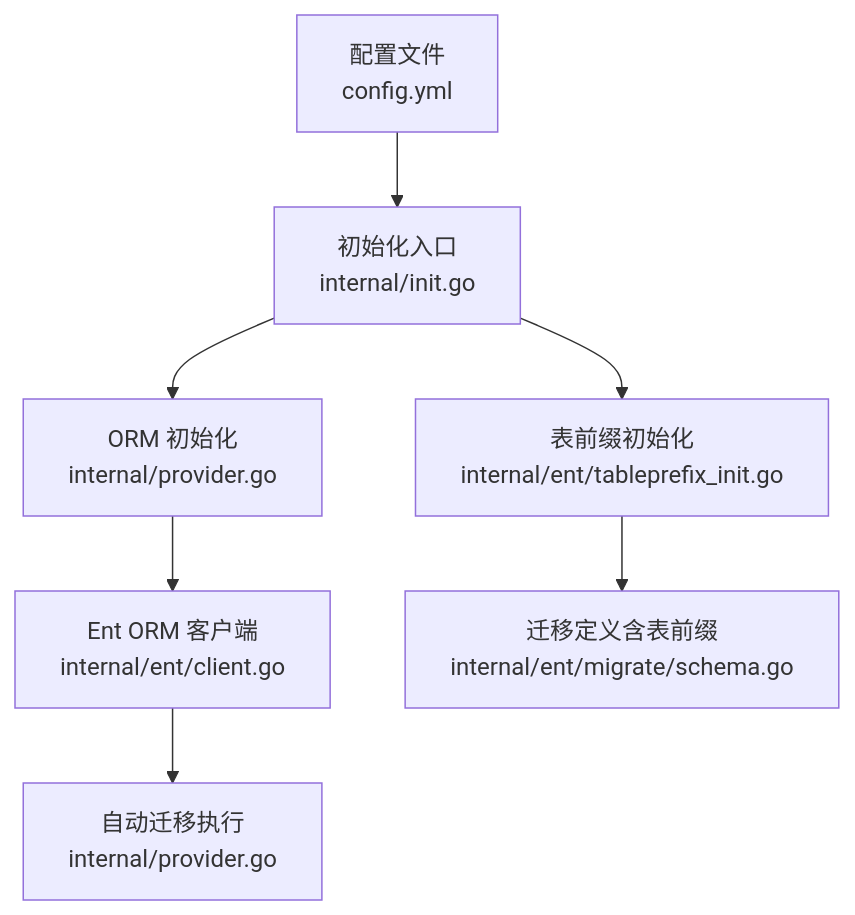
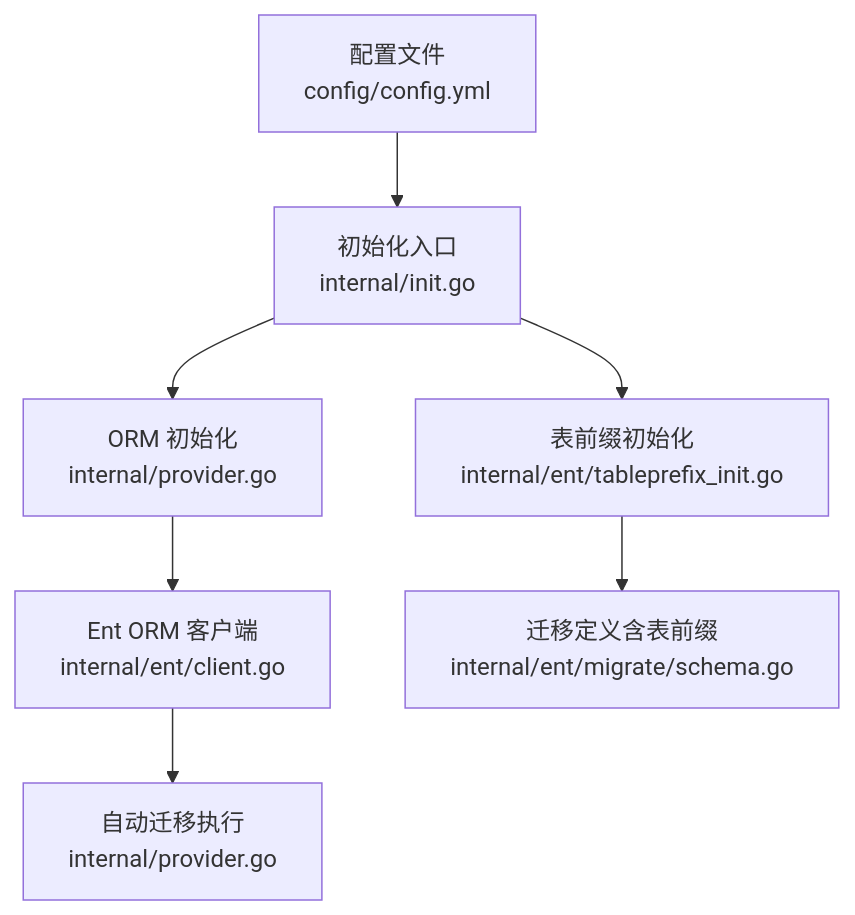
One commit to wuwuseo/e-sports-go-admin changed the first of 7 diagrams in .qoder/repowiki/zh/content/配置管理/数据库配置.md. Above: the diagram before and after it, drawn with Mermaid. The commit also changed other lines of this file and 42 other files, not shown here.

````diff
--- a/.qoder/repowiki/zh/content/配置管理/数据库配置.md
+++ b/.qoder/repowiki/zh/content/配置管理/数据库配置.md
@@ -33,9 +33,9 @@
 ```mermaid
 graph TB
-CFG["配置文件<br/>config.yml"] --> INIT["初始化入口<br/>internal/init.go"]
+CFG["配置文件<br/>config/config.yml"] --> INIT["初始化入口<br/>internal/init.go"]
 INIT --> ORM["ORM 初始化<br/>internal/provider.go"]
 ORM --> ENT["Ent ORM 客户端<br/>internal/ent/client.go"]
 INIT --> TP["表前缀初始化<br/>internal/ent/tableprefix_init.go"]
 TP --> SCHEMA["迁移定义含表前缀<br/>internal/ent/migrate/schema.go"]
 ENT --> MIG["自动迁移执行<br/>internal/provider.go"]
 ```
````
